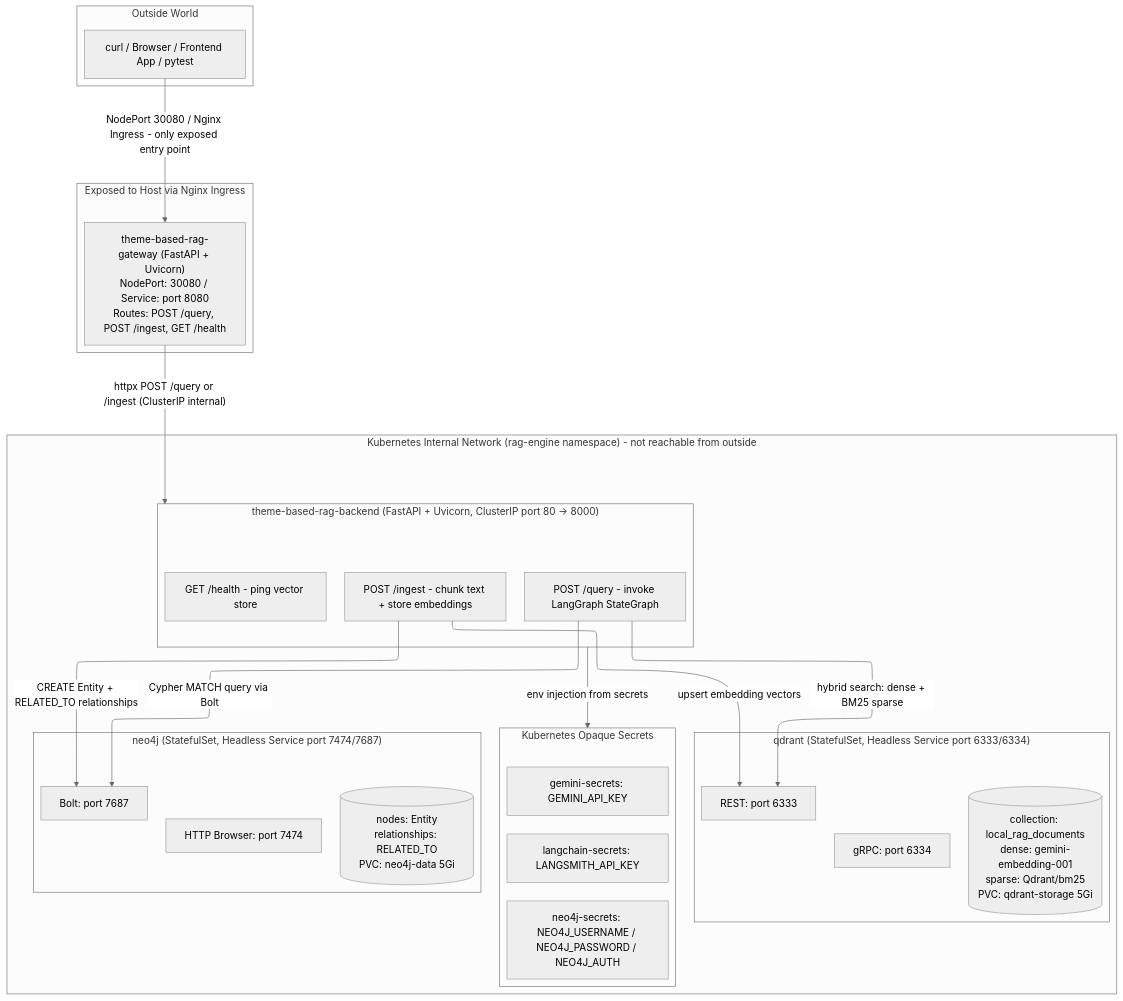
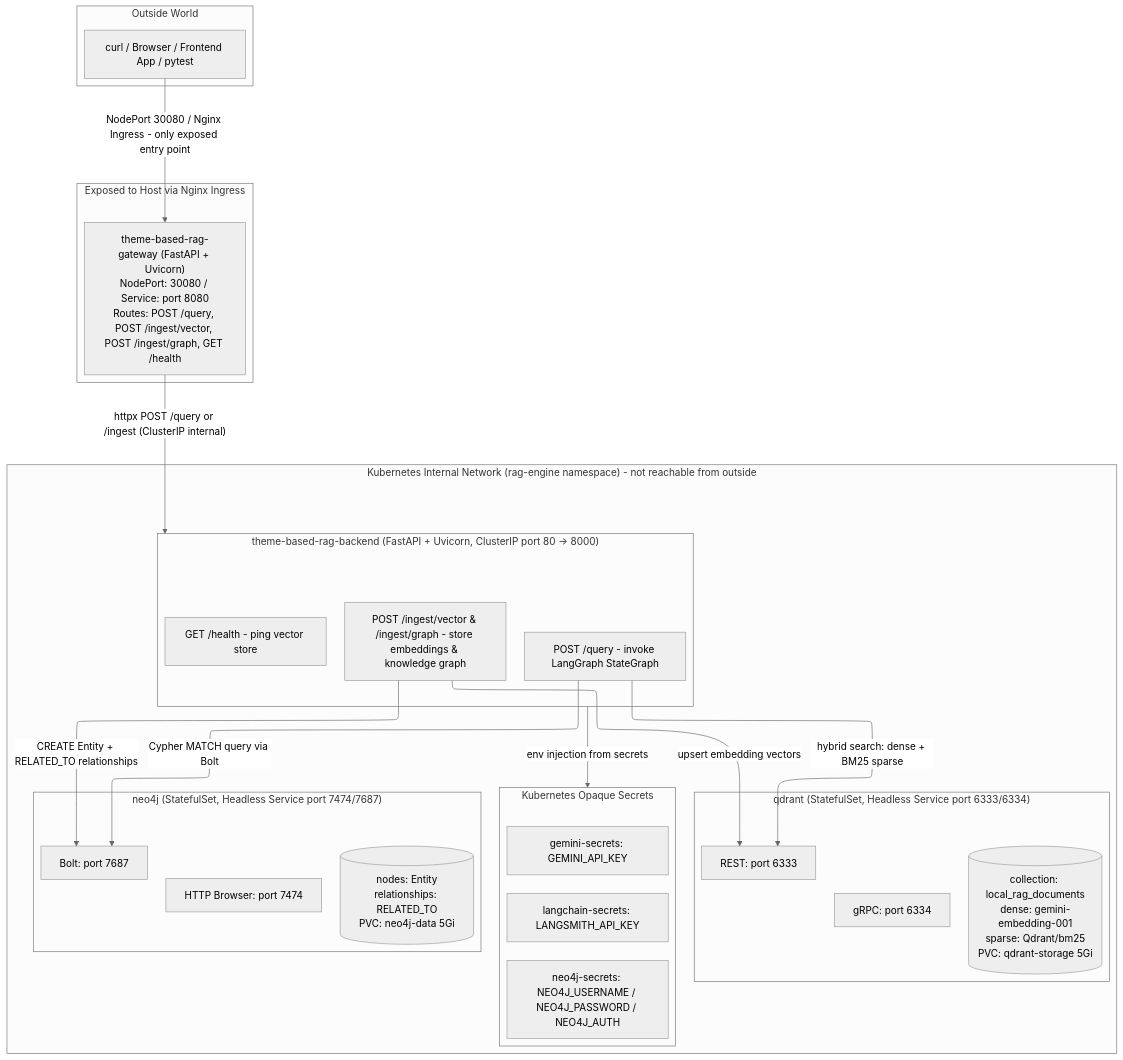
The third of 3 diagrams in README.md (boycececil666gmailcom/Enterprise-RAG-Engine), drawn with Mermaid before and after one commit. The commit also changed 13 other files, not shown here.

````diff
--- a/README.md
+++ b/README.md
@@ -164,56 +164,56 @@
 ```mermaid
 ---
 config:
   layout: elk
   theme: neutral
 ---
 flowchart TB
 
     subgraph Outside["Outside World"]
         ExternalClient["curl / Browser / Frontend App / pytest"]
     end
 
     subgraph Exposed["Exposed to Host via Nginx Ingress"]
-        GW["theme-based-rag-gateway (FastAPI + Uvicorn)<br/>NodePort: 30080 / Service: port 8080<br/>Routes: POST /query, POST /ingest, GET /health"]
+        GW["theme-based-rag-gateway (FastAPI + Uvicorn)<br/>NodePort: 30080 / Service: port 8080<br/>Routes: POST /query, POST /ingest/vector, POST /ingest/graph, GET /health"]
     end
 
     subgraph Internal["Kubernetes Internal Network (rag-engine namespace) - not reachable from outside"]
 
         subgraph BackendCtr["theme-based-rag-backend (FastAPI + Uvicorn, ClusterIP port 80 -> 8000)"]
             direction TB
             BEQueryH["POST /query - invoke LangGraph StateGraph"]
-            BEIngestH["POST /ingest - chunk text + store embeddings"]
+            BEIngestH["POST /ingest/vector & /ingest/graph - store embeddings & knowledge graph"]
             BEHealthH["GET /health - ping vector store"]
         end
 
         subgraph QdrantCtr["qdrant (StatefulSet, Headless Service port 6333/6334)"]
             direction TB
             QdrantREST["REST: port 6333"]
             QdrantGRPC["gRPC: port 6334"]
             QdrantData[("collection: local_rag_documents<br/>dense: gemini-embedding-001<br/>sparse: Qdrant/bm25<br/>PVC: qdrant-storage 5Gi")]
         end
 
         subgraph Neo4jCtr["neo4j (StatefulSet, Headless Service port 7474/7687)"]
             direction TB
             Neo4jBrowserPort["HTTP Browser: port 7474"]
             Neo4jBoltPort["Bolt: port 7687"]
             Neo4jData[("nodes: Entity<br/>relationships: RELATED_TO<br/>PVC: neo4j-data 5Gi")]
         end
 
         subgraph SecretsCtr["Kubernetes Opaque Secrets"]
             direction TB
             S1["gemini-secrets: GEMINI_API_KEY"]
             S2["neo4j-secrets: NEO4J_USERNAME / NEO4J_PASSWORD / NEO4J_AUTH"]
             S3["langchain-secrets: LANGSMITH_API_KEY"]
         end
 
     end
 
     ExternalClient -->|"NodePort 30080 / Nginx Ingress - only exposed entry point"| GW
     GW -->|"httpx POST /query or /ingest (ClusterIP internal)"| BackendCtr
     BEQueryH -->|"hybrid search: dense + BM25 sparse"| QdrantREST
     BEIngestH -->|"upsert embedding vectors"| QdrantREST
     BEQueryH -->|"Cypher MATCH query via Bolt"| Neo4jBoltPort
     BEIngestH -->|"CREATE Entity + RELATED_TO relationships"| Neo4jBoltPort
     BackendCtr -->|"env injection from secrets"| SecretsCtr
 ```
````
